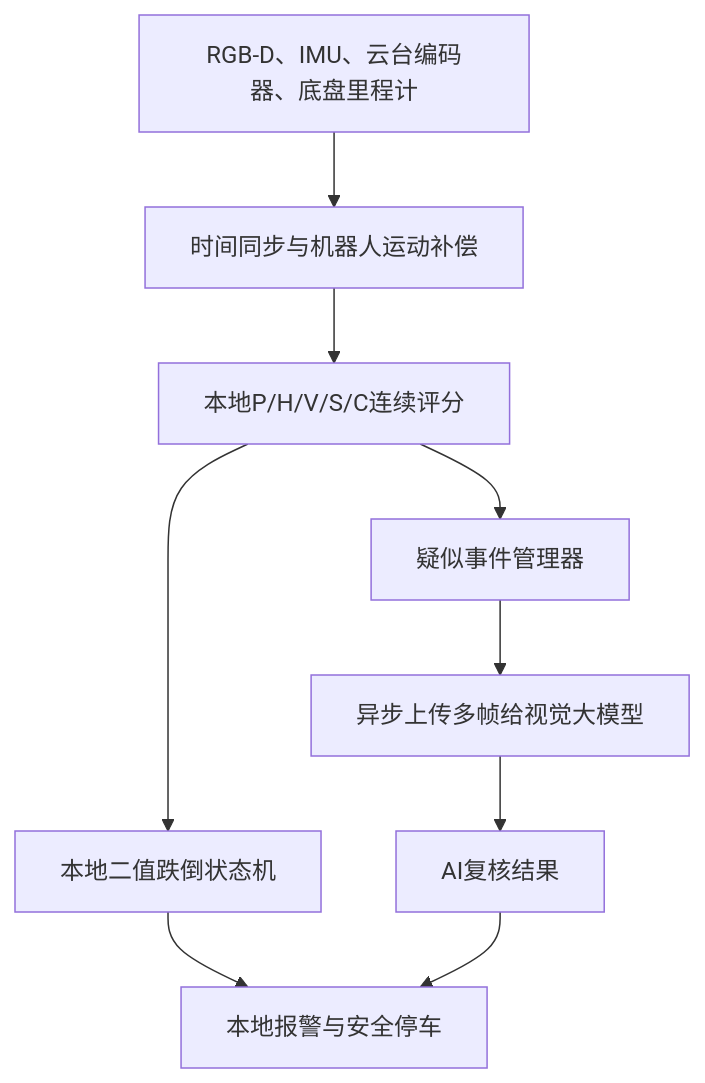
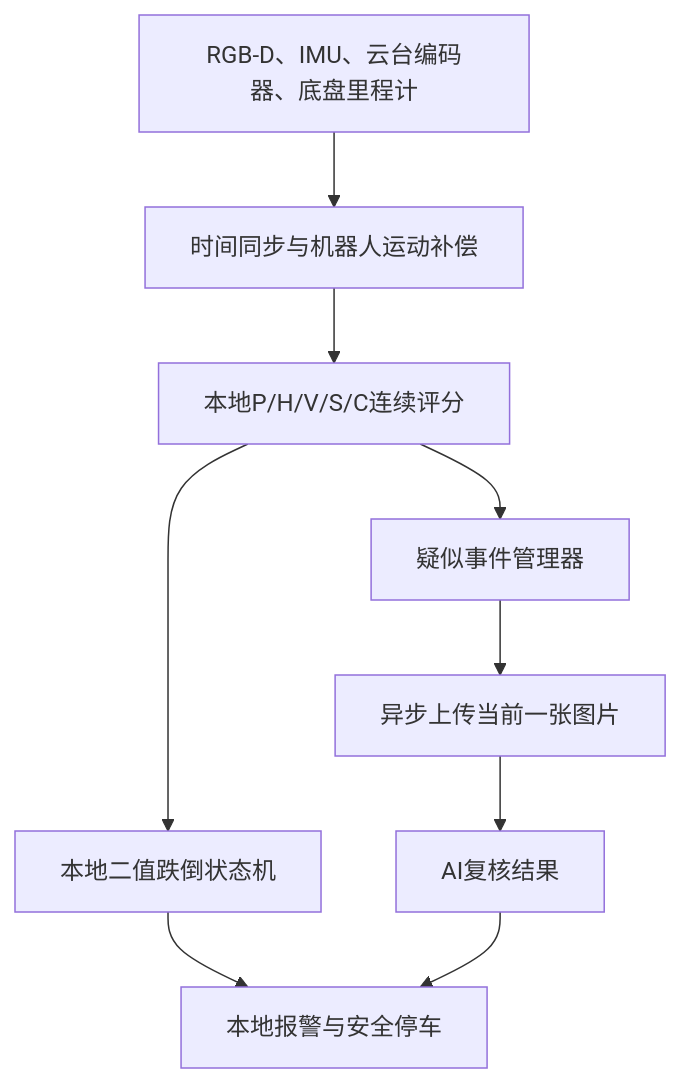
The diagram in 跌倒检测方案.md (He-Tea-Tea/fall_detection), drawn with Mermaid before and after one commit. The commit also changed other lines of this file and 8 other files, not shown here.

````diff
--- a/跌倒检测方案.md
+++ b/跌倒检测方案.md
@@ -14,11 +14,11 @@
 ```mermaid
 flowchart TD
     A["RGB-D、IMU、云台编码器、底盘里程计"] --> B["时间同步与机器人运动补偿"]
     B --> C["本地P/H/V/S/C连续评分"]
     C --> D["本地二值跌倒状态机"]
     C --> E["疑似事件管理器"]
-    E --> F["异步上传多帧给视觉大模型"]
+    E --> F["异步上传当前一张图片"]
     D --> G["本地报警与安全停车"]
     F --> H["AI复核结果"]
     H --> G
 ```
````
